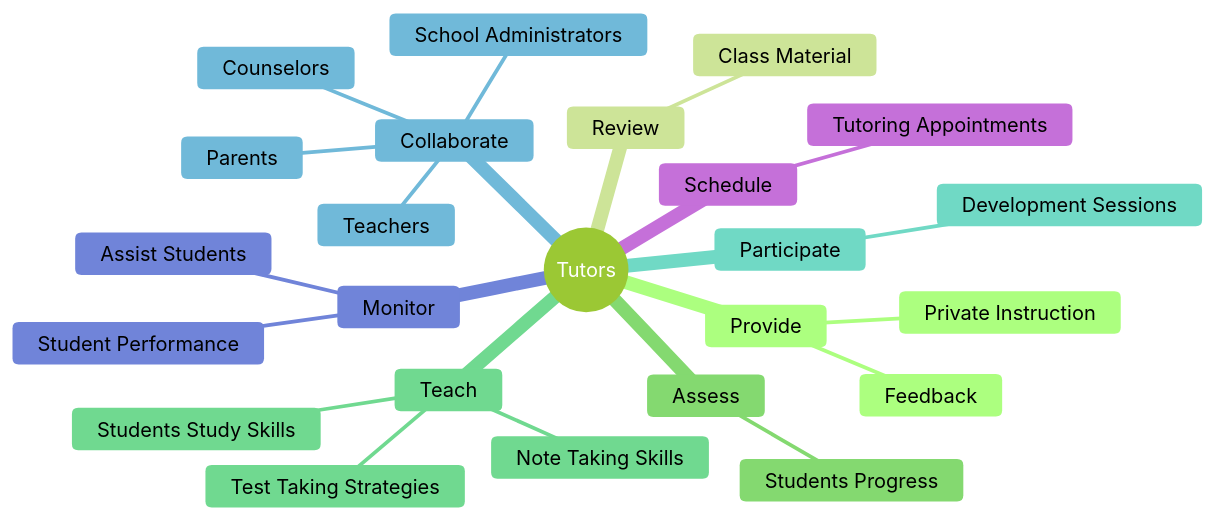
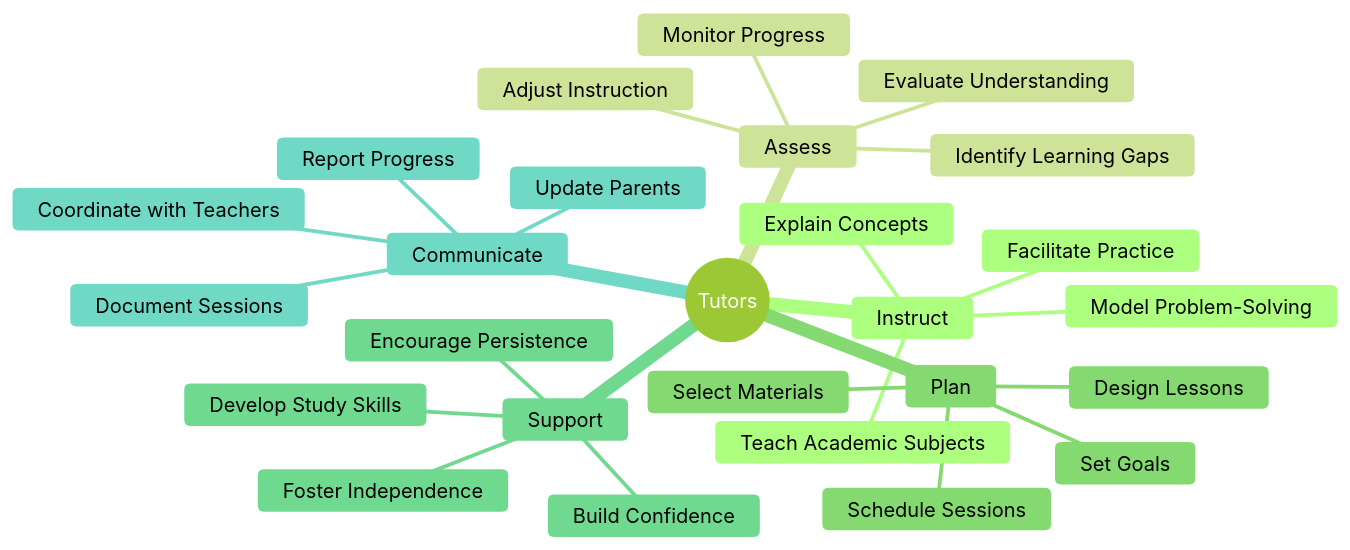
Before and after one commit to kziemski/business.org.ai: the second of 4 diagrams in occupations/Education/Tutors.mdx, drawn with Mermaid (forest theme). The commit also changed other lines of this file and 938 other files, not shown here.

````diff
--- a/occupations/Education/Tutors.mdx
+++ b/occupations/Education/Tutors.mdx
@@ -37,27 +45,29 @@
 ```mermaid
 mindmap
     root(("Tutors"))
-        Provide
-            Feedback
-            Private Instruction
-        Review
-            Class Material
+        Instruct
+            Teach Academic Subjects
+            Explain Concepts
+            Model Problem-Solving
+            Facilitate Practice
         Assess
-            Students Progress
-        Teach
-            Students Study Skills
-            Note Taking Skills
-            Test Taking Strategies
-        Participate
-            Development Sessions
-        Collaborate
-            Parents
-            Teachers
-            School Administrators
-            Counselors
-        Monitor
-            Student Performance
-            Assist Students
-        Schedule
-            Tutoring Appointments
+            Identify Learning Gaps
+            Monitor Progress
+            Evaluate Understanding
+            Adjust Instruction
+        Plan
+            Design Lessons
+            Select Materials
+            Set Goals
+            Schedule Sessions
+        Support
+            Build Confidence
+            Develop Study Skills
+            Encourage Persistence
+            Foster Independence
+        Communicate
+            Report Progress
+            Coordinate with Teachers
+            Update Parents
+            Document Sessions
 ```
````
